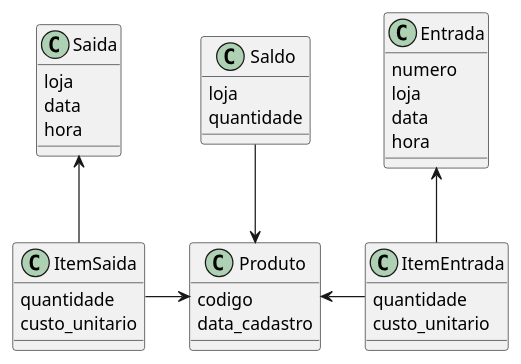
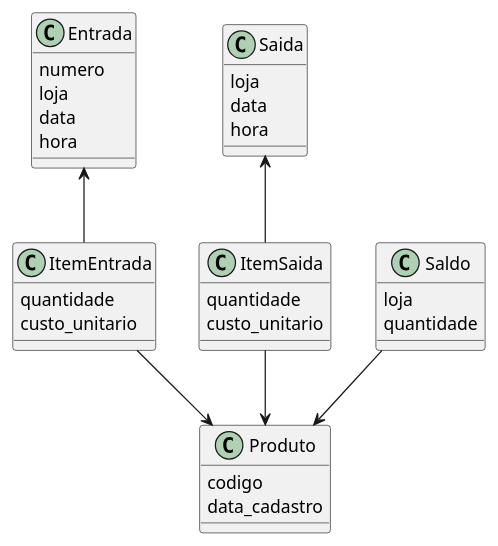
One commit to ivaneyvieira/engEstoque-Archive changed the diagram in diagramas/modelo.puml. Above: the diagram before and after it, drawn with PlantUML. The commit also changed 4 other files, not shown here.

```diff
--- a/diagramas/modelo.puml
+++ b/diagramas/modelo.puml
@@ -1,40 +1,40 @@
 @startuml modelo
 class Produto{
 	codigo
 	data_cadastro
 }
 
 class ItemEntrada{
 	quantidade
 	custo_unitario
 }
 
 class Entrada{
 	numero
 	loja
 	data
 	hora
 }
 
 class ItemSaida{
 	quantidade
 	custo_unitario
 }
 
 class Saida{
 	loja
 	data
 	hora
 }
 
 class Saldo{
 	loja
 	quantidade
 }
 
 Entrada	<-- ItemEntrada
 Saida	<-- ItemSaida
-ItemEntrada	-l->	Produto
-ItemSaida	-r->	Produto
-Saldo		-d->	Produto
+ItemEntrada	-->	Produto
+ItemSaida	-->	Produto
+Saldo		-->	Produto
 @enduml
```
